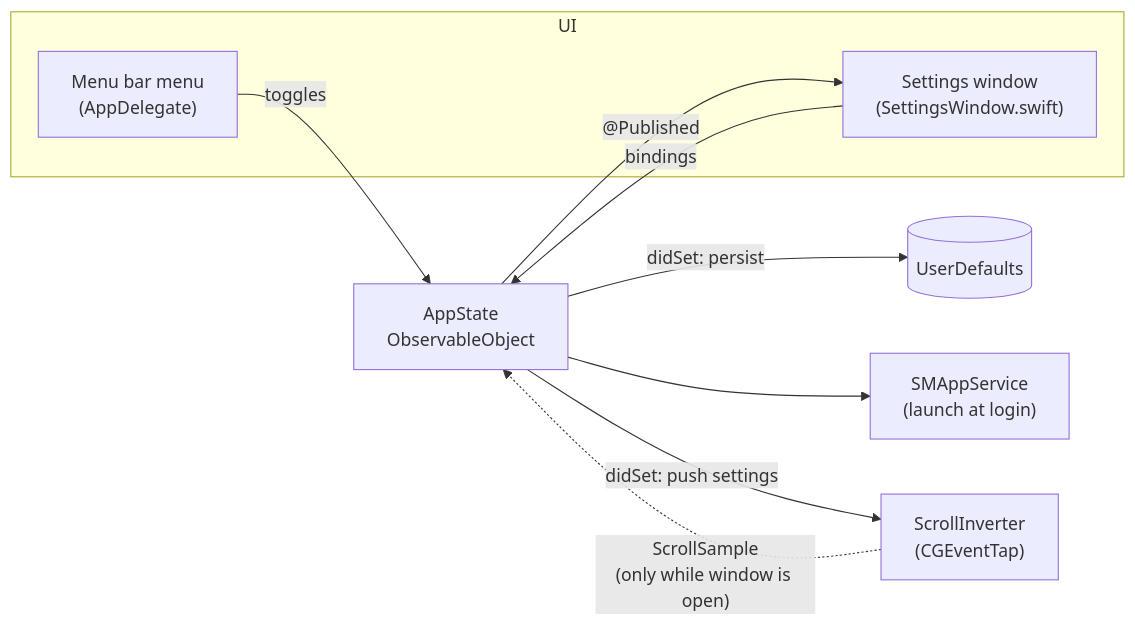
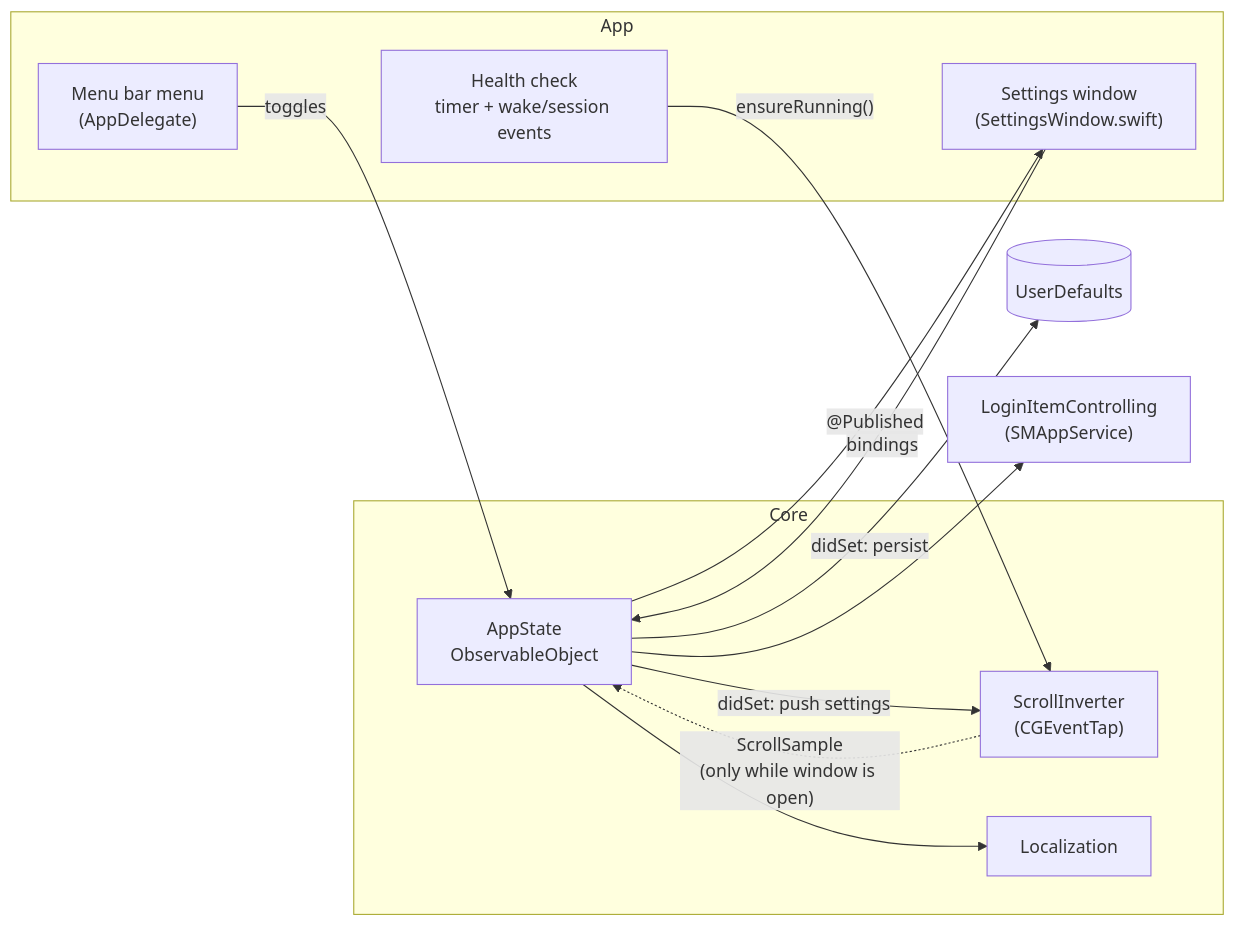
One commit to AlbertoGonzalezCasarrubios/ScrollFlip changed the first of 4 diagrams in ARCHITECTURE.md. Above: the diagram before and after it, drawn with Mermaid. The commit also changed other lines of this file and 22 other files, not shown here.

````diff
--- a/ARCHITECTURE.md
+++ b/ARCHITECTURE.md
@@ -25,20 +36,27 @@
 ```mermaid
 flowchart LR
-    subgraph UI
+    subgraph App
         Menu["Menu bar menu<br/>(AppDelegate)"]
         Window["Settings window<br/>(SettingsWindow.swift)"]
+        Health["Health check<br/>timer + wake/session events"]
     end
 
-    State["AppState<br/>ObservableObject"]
+    subgraph Core
+        State["AppState<br/>ObservableObject"]
+        Inverter["ScrollInverter<br/>(CGEventTap)"]
+        Strings["Localization"]
+    end
+
     Defaults[("UserDefaults")]
-    Login["SMAppService<br/>(launch at login)"]
-    Inverter["ScrollInverter<br/>(CGEventTap)"]
+    Login["LoginItemControlling<br/>(SMAppService)"]
 
     Menu -- "toggles" --> State
     Window -- "bindings" --> State
     State -- "didSet: persist" --> Defaults
     State -- "didSet: push settings" --> Inverter
     State --> Login
+    State --> Strings
+    Health -- "ensureRunning()" --> Inverter
     Inverter -. "ScrollSample<br/>(only while window is open)" .-> State
     State -- "@Published" --> Window
 ```
````
